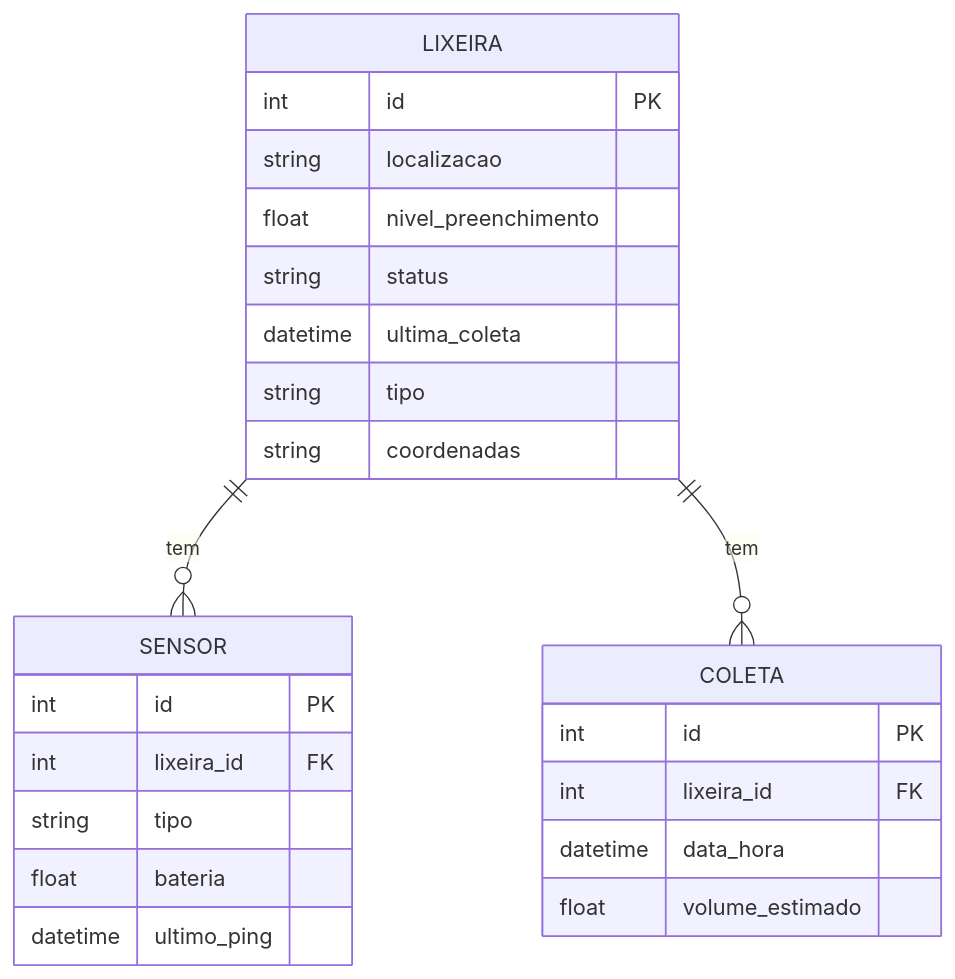
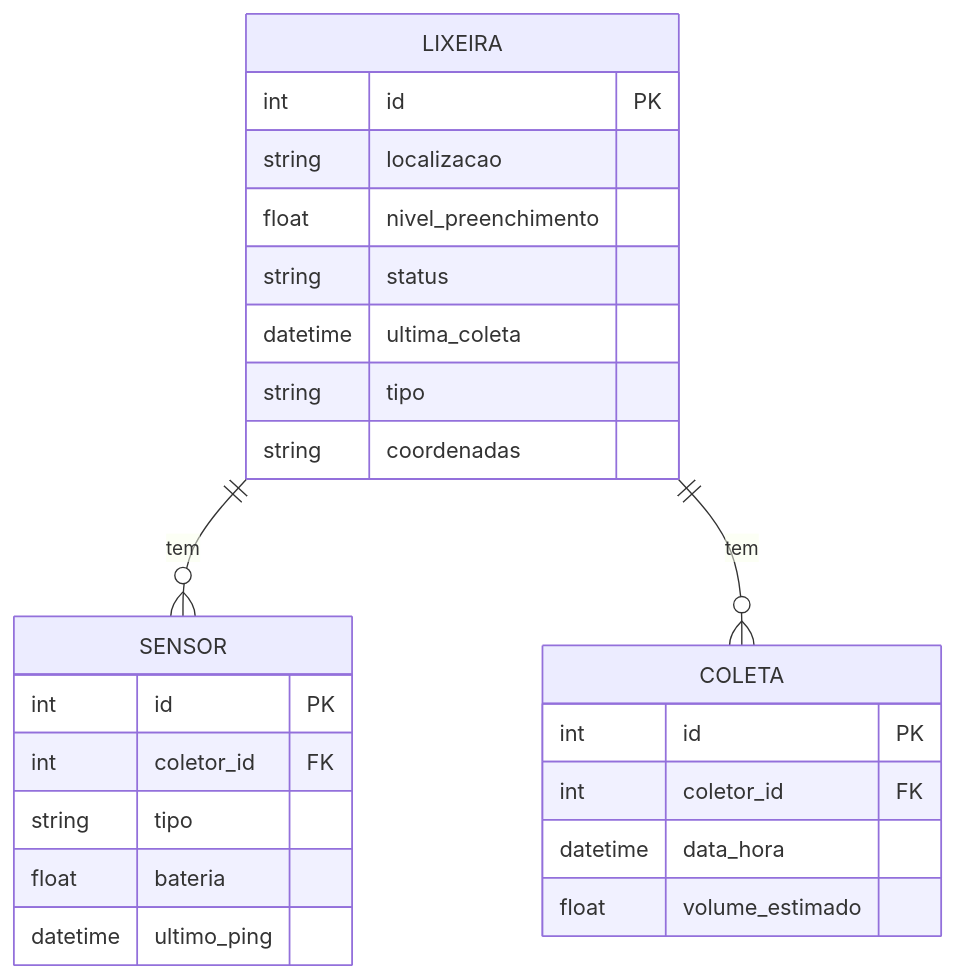
Before and after one commit to natanheringer/Dashboard-TRONIK: the fourth of 7 diagrams in ARQUITETURA.md, drawn with Mermaid. The commit also changed other lines of this file and 29 other files, not shown here.

````diff
--- a/ARQUITETURA.md
+++ b/ARQUITETURA.md
@@ -261,30 +261,30 @@
 ```mermaid
 erDiagram
     LIXEIRA ||--o{ SENSOR : "tem"
     LIXEIRA ||--o{ COLETA : "tem"
     
     LIXEIRA {
         int id PK
         string localizacao
         float nivel_preenchimento
         string status
         datetime ultima_coleta
         string tipo
         string coordenadas
     }
     
     SENSOR {
         int id PK
-        int lixeira_id FK
+        int coletor_id FK
         string tipo
         float bateria
         datetime ultimo_ping
     }
     
     COLETA {
         int id PK
-        int lixeira_id FK
+        int coletor_id FK
         datetime data_hora
         float volume_estimado
     }
 ```
````
